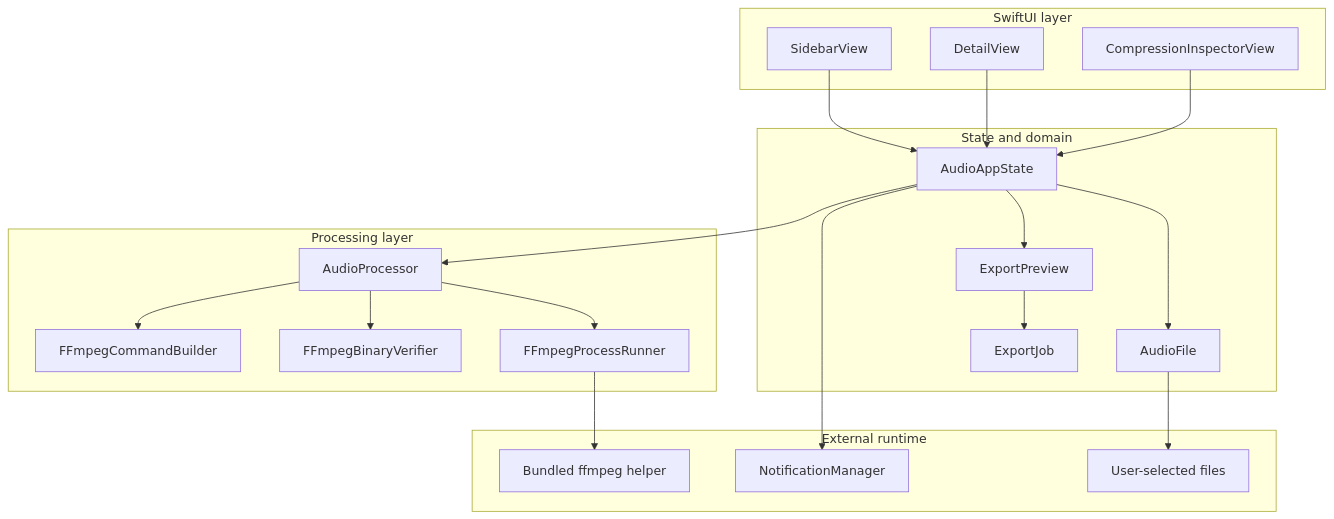
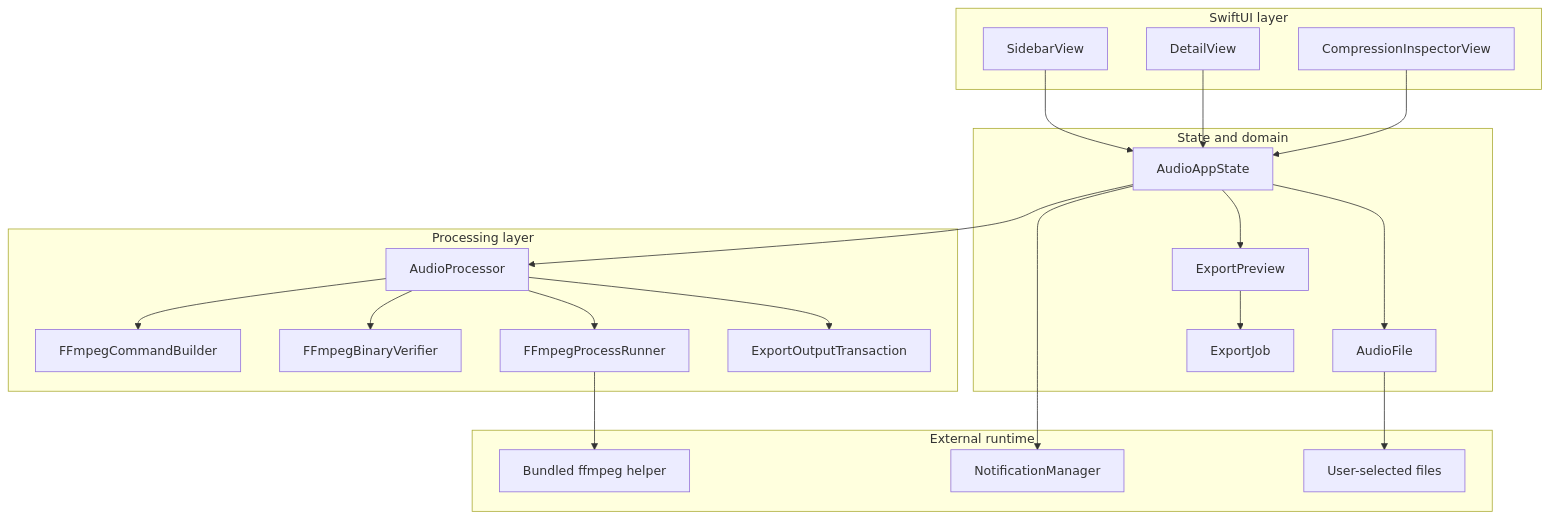
Before and after one commit to CometaSensitiva/AudioPro: the second of 8 diagrams in docs/architecture.md, drawn with Mermaid. The commit also changed other lines of this file and 12 other files, not shown here.

````diff
--- a/docs/architecture.md
+++ b/docs/architecture.md
@@ -29,42 +29,44 @@
 ```mermaid
 flowchart TD
     subgraph UI["SwiftUI layer"]
         Sidebar["SidebarView"]
         Detail["DetailView"]
         Inspector["CompressionInspectorView"]
     end
 
     subgraph State["State and domain"]
         AppState["AudioAppState"]
         Preview["ExportPreview"]
         AudioFile["AudioFile"]
         Job["ExportJob"]
     end
 
     subgraph Processing["Processing layer"]
         Processor["AudioProcessor"]
         Builder["FFmpegCommandBuilder"]
         Verifier["FFmpegBinaryVerifier"]
         Runner["FFmpegProcessRunner"]
+        Transaction["ExportOutputTransaction"]
     end
 
     subgraph Runtime["External runtime"]
         Helper["Bundled ffmpeg helper"]
         Notify["NotificationManager"]
         Files["User-selected files"]
     end
 
     Sidebar --> AppState
     Detail --> AppState
     Inspector --> AppState
     AppState --> AudioFile
     AppState --> Preview
     Preview --> Job
     AppState --> Processor
     AppState --> Notify
     Processor --> Builder
     Processor --> Verifier
     Processor --> Runner
+    Processor --> Transaction
     Runner --> Helper
     AudioFile --> Files
 ```
````
